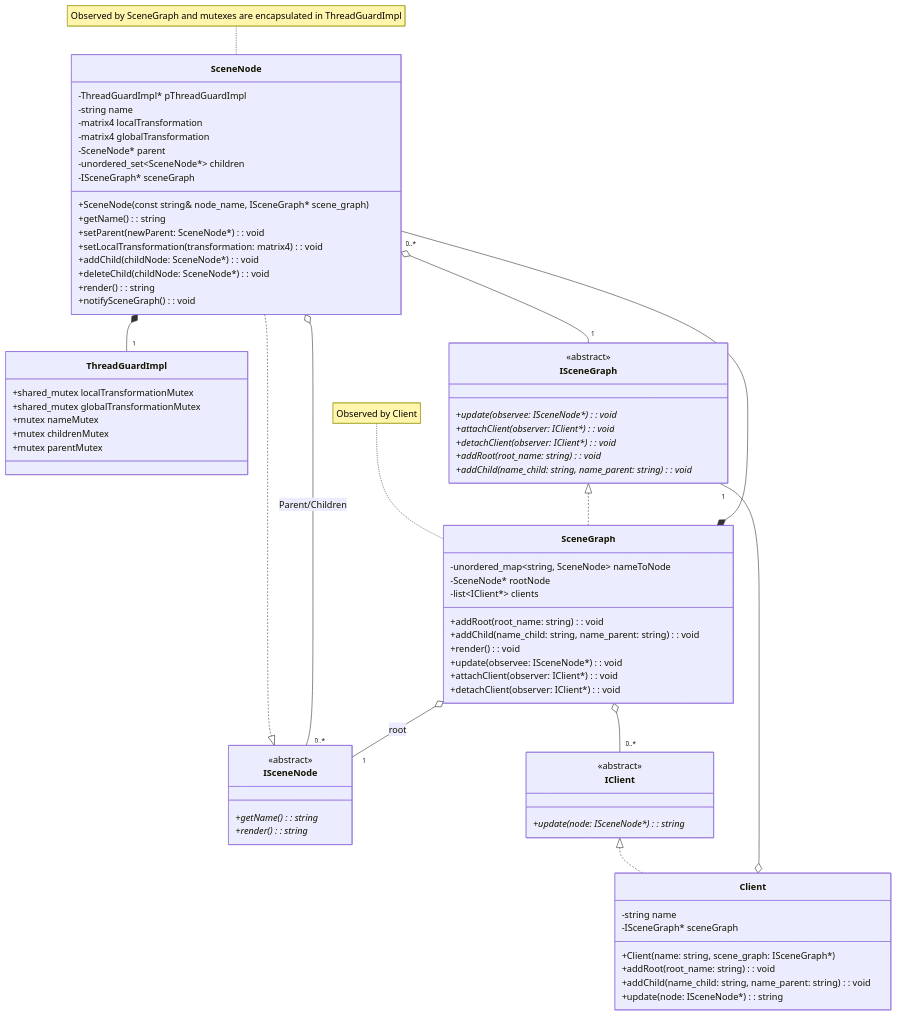
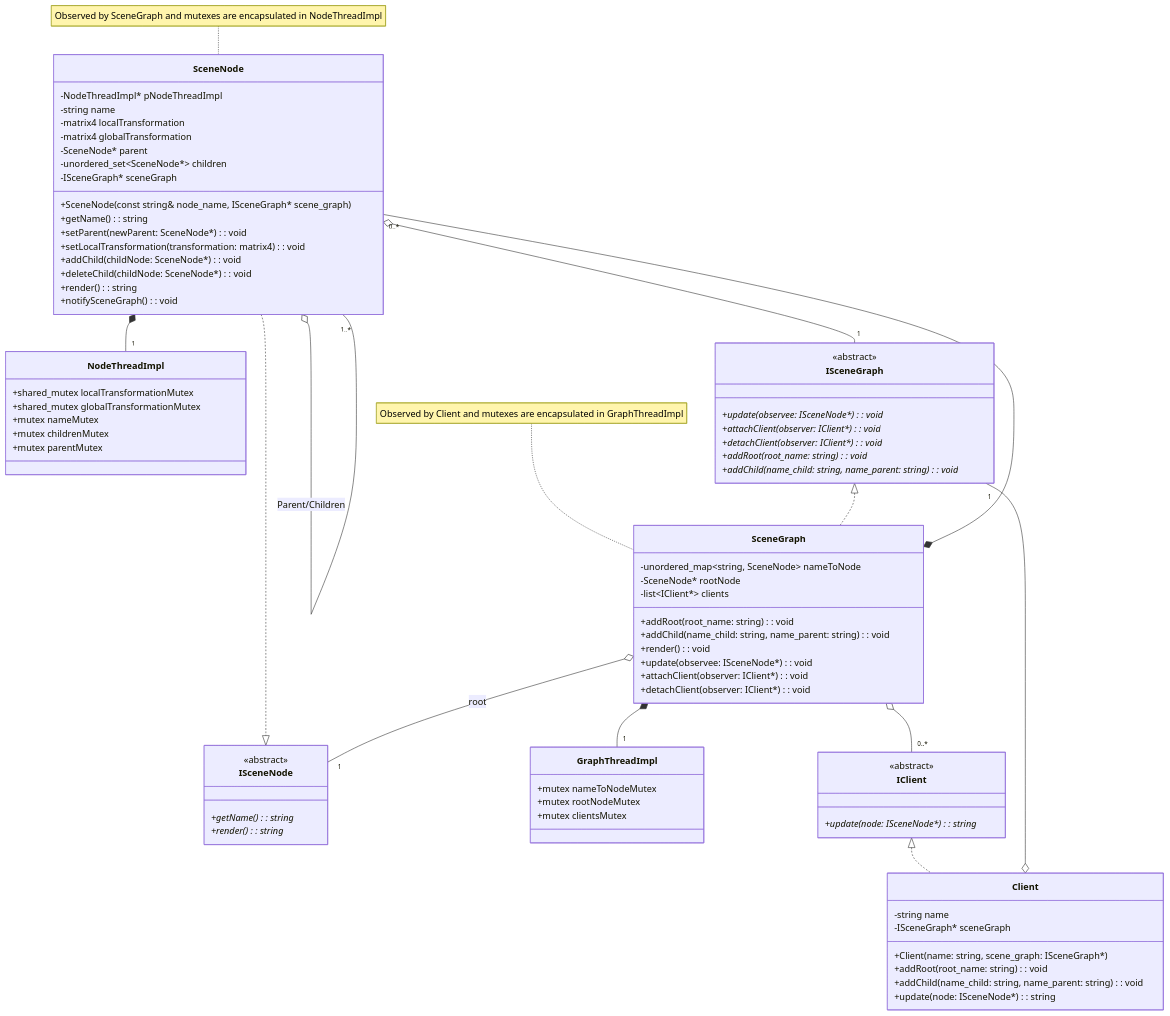
One commit to omarekik/SceneGraph changed the diagram in diagrams/class diagram.md. Above: the diagram before and after it, drawn with Mermaid. The commit also changed 5 other files, not shown here.

First line of the commit message:
fixed initializing parent member in parameter constructor of SceneNode and added multithreded demo in  main file

````diff
--- a/diagrams/class diagram.md
+++ b/diagrams/class diagram.md
@@ -1,77 +1,83 @@
 ```mermaid
 classDiagram
-    note for SceneNode "Observed by SceneGraph and mutexes are encapsulated in ThreadGuardImpl"
-    note for SceneGraph "Observed by Client"
+    note for SceneNode "Observed by SceneGraph and mutexes are encapsulated in NodeThreadImpl"
+    note for SceneGraph "Observed by Client and mutexes are encapsulated in GraphThreadImpl"
     class ISceneNode {
         <<abstract>> 
         +getName()*: string
         +render()*: string
     }
     class SceneNode {
-        -ThreadGuardImpl* pThreadGuardImpl
+        -NodeThreadImpl* pNodeThreadImpl
         -string name
         -matrix4 localTransformation
         -matrix4 globalTransformation
         -SceneNode* parent
         -unordered_set~SceneNode*~ children
         -ISceneGraph* sceneGraph
         +SceneNode(const string& node_name, ISceneGraph* scene_graph)
         +getName(): string
         +setParent(newParent: SceneNode*): void
         +setLocalTransformation(transformation: matrix4): void
         +addChild(childNode: SceneNode*): void
         +deleteChild(childNode: SceneNode*): void
         +render(): string
         +notifySceneGraph(): void
     }
-    class ThreadGuardImpl {
+    class NodeThreadImpl {
         +shared_mutex localTransformationMutex
         +shared_mutex globalTransformationMutex
         +mutex nameMutex
         +mutex childrenMutex
         +mutex parentMutex
+    }
+    class GraphThreadImpl {
+        +mutex nameToNodeMutex
+        +mutex rootNodeMutex
+        +mutex clientsMutex
     }
     class ISceneGraph {
         <<abstract>> 
         +update(observee: ISceneNode*)*: void
         +attachClient(observer: IClient*)*: void
         +detachClient(observer: IClient*)*: void
         +addRoot(root_name: string)*: void
         +addChild(name_child: string, name_parent: string)*: void
     }
     class SceneGraph {
         -unordered_map~string, SceneNode~ nameToNode
         -SceneNode* rootNode
         -list~IClient*~ clients
         +addRoot(root_name: string): void
         +addChild(name_child: string, name_parent: string): void
         +render(): void
         +update(observee: ISceneNode*): void
         +attachClient(observer: IClient*): void
         +detachClient(observer: IClient*): void
     }
     class IClient {
         <<abstract>> 
         +update(node: ISceneNode*)*: string
     }
     class Client {
         -string name
         -ISceneGraph* sceneGraph
         +Client(name: string, scene_graph: ISceneGraph*)
         +addRoot(root_name: string): void
         +addChild(name_child: string, name_parent: string): void
         +update(node: ISceneNode*): string
     }
     
     SceneNode ..|> ISceneNode
-    SceneNode *-- "1" ThreadGuardImpl
-    SceneNode o-- "0..*" ISceneNode: Parent/Children
+    SceneNode *-- "1" NodeThreadImpl
+    SceneNode o-- "1..*" SceneNode: Parent/Children
     SceneNode o-- "1" ISceneGraph
     ISceneGraph <|.. SceneGraph
+    SceneGraph *-- "1" GraphThreadImpl
     SceneGraph *-- "0..*" SceneNode
     SceneGraph o-- "1" ISceneNode: root
     SceneGraph o-- "0..*" IClient
     IClient <|.. Client
     Client o-- "1" ISceneGraph
 
 ```
````
